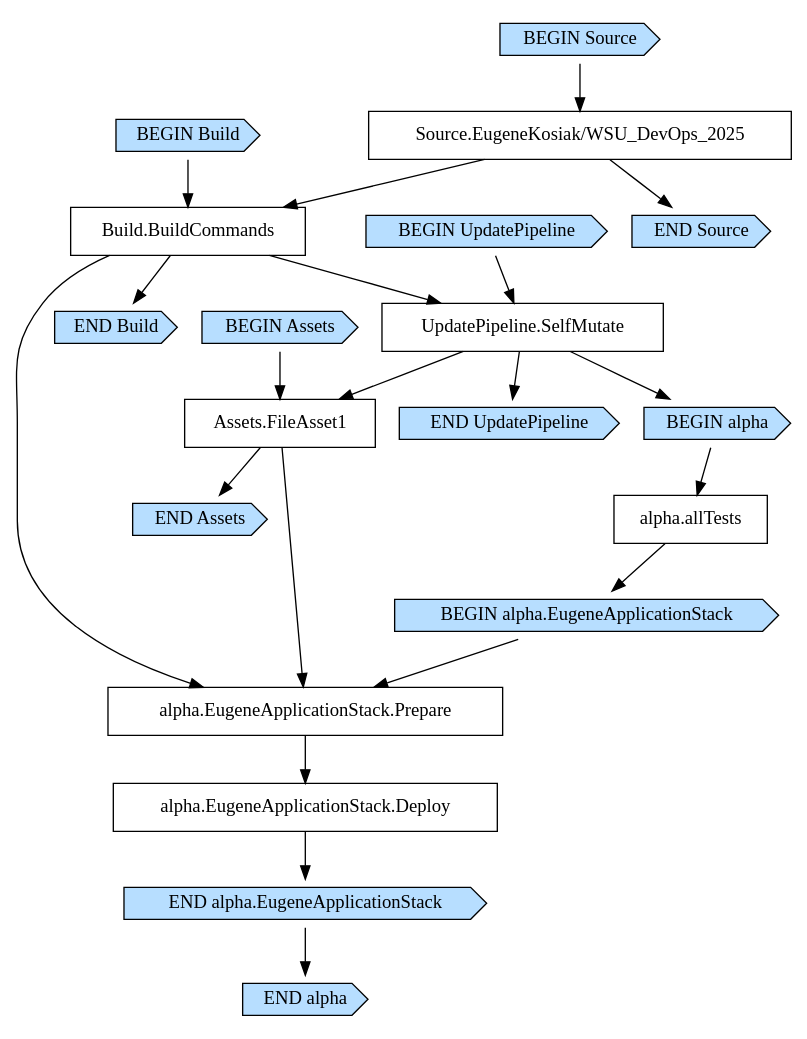
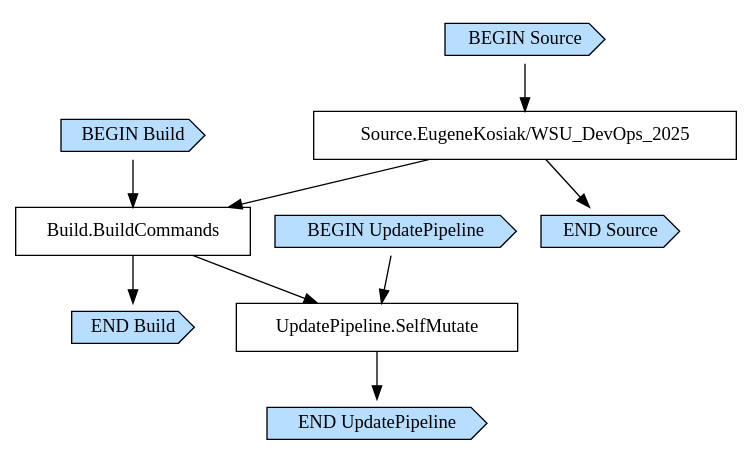
Before and after one commit to AyeshaOmer/WSU_DevOps_2025: the diagram in PipelineSprint/cdk.out/EugenePipelineStackWebHealthPipeline792AF0C4.dot, drawn with Graphviz. The commit also changed 20 other files, not shown here.

```diff
--- a/PipelineSprint/cdk.out/EugenePipelineStackWebHealthPipeline792AF0C4.dot
+++ b/PipelineSprint/cdk.out/EugenePipelineStackWebHealthPipeline792AF0C4.dot
@@ -1,46 +1,24 @@
 digraph G {
   # Arrows represent an "unlocks" relationship (opposite of dependency). So chosen
   # because the layout looks more natural that way.
   # To represent subgraph dependencies, subgraphs are represented by BEGIN/END nodes.
   # To render: `dot -Tsvg EugenePipelineStackWebHealthPipeline792AF0C4.dot > graph.svg`, open in a browser.
   node [shape="box"];
 "BEGIN Build" [shape="cds", style="filled", fillcolor="#b7deff"];
 "END Build" [shape="cds", style="filled", fillcolor="#b7deff"];
 "Build.BuildCommands";
 "Source.EugeneKosiak/WSU_DevOps_2025" -> "Build.BuildCommands";
 "BEGIN Build" -> "Build.BuildCommands";
 "Build.BuildCommands" -> "END Build";
 "BEGIN UpdatePipeline" [shape="cds", style="filled", fillcolor="#b7deff"];
 "END UpdatePipeline" [shape="cds", style="filled", fillcolor="#b7deff"];
 "UpdatePipeline.SelfMutate";
 "Build.BuildCommands" -> "UpdatePipeline.SelfMutate";
 "BEGIN UpdatePipeline" -> "UpdatePipeline.SelfMutate";
 "UpdatePipeline.SelfMutate" -> "END UpdatePipeline";
-"BEGIN Assets" [shape="cds", style="filled", fillcolor="#b7deff"];
-"END Assets" [shape="cds", style="filled", fillcolor="#b7deff"];
-"Assets.FileAsset1";
-"UpdatePipeline.SelfMutate" -> "Assets.FileAsset1";
-"BEGIN Assets" -> "Assets.FileAsset1";
-"Assets.FileAsset1" -> "END Assets";
-"BEGIN alpha" [shape="cds", style="filled", fillcolor="#b7deff"];
-"END alpha" [shape="cds", style="filled", fillcolor="#b7deff"];
-"UpdatePipeline.SelfMutate" -> "BEGIN alpha";
-"BEGIN alpha.EugeneApplicationStack" [shape="cds", style="filled", fillcolor="#b7deff"];
-"END alpha.EugeneApplicationStack" [shape="cds", style="filled", fillcolor="#b7deff"];
-"alpha.allTests" -> "BEGIN alpha.EugeneApplicationStack";
-"alpha.EugeneApplicationStack.Deploy";
-"alpha.EugeneApplicationStack.Prepare" -> "alpha.EugeneApplicationStack.Deploy";
-"alpha.EugeneApplicationStack.Prepare";
-"Build.BuildCommands" -> "alpha.EugeneApplicationStack.Prepare";
-"Assets.FileAsset1" -> "alpha.EugeneApplicationStack.Prepare";
-"BEGIN alpha.EugeneApplicationStack" -> "alpha.EugeneApplicationStack.Prepare";
-"alpha.EugeneApplicationStack.Deploy" -> "END alpha.EugeneApplicationStack";
-"alpha.allTests";
-"BEGIN alpha" -> "alpha.allTests";
-"END alpha.EugeneApplicationStack" -> "END alpha";
 "BEGIN Source" [shape="cds", style="filled", fillcolor="#b7deff"];
 "END Source" [shape="cds", style="filled", fillcolor="#b7deff"];
 "Source.EugeneKosiak/WSU_DevOps_2025";
 "BEGIN Source" -> "Source.EugeneKosiak/WSU_DevOps_2025";
 "Source.EugeneKosiak/WSU_DevOps_2025" -> "END Source";
 }
```
